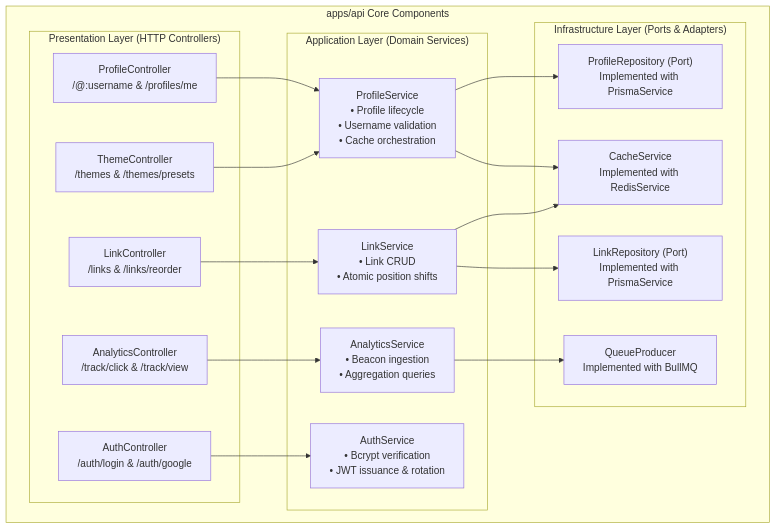
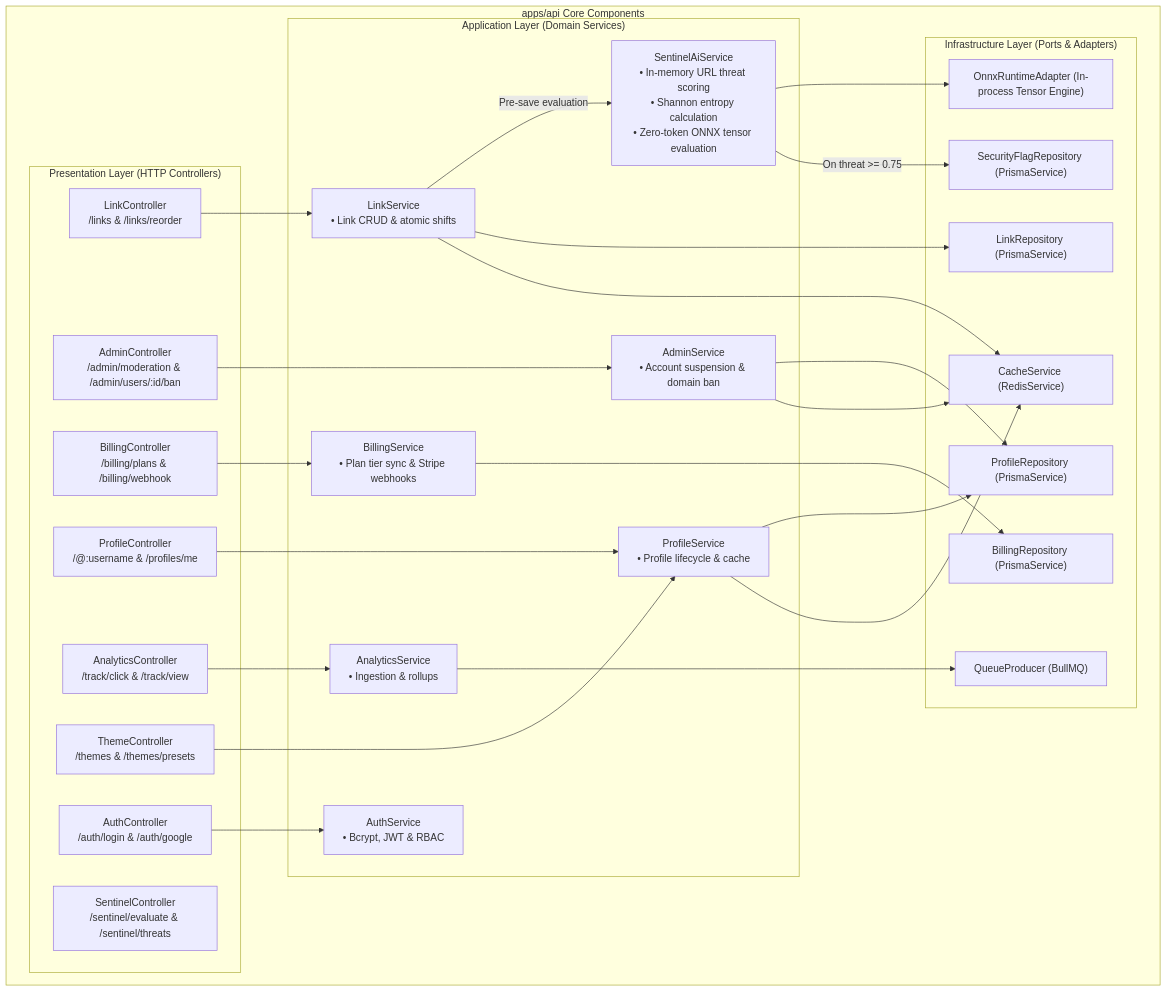
Before and after one commit to iamcristian/onelink-saas: the third of 4 diagrams in docs/architecture/system-architecture.md, drawn with Mermaid. The commit also changed other lines of this file and 8 other files, not shown here.

Commit message:
feat(design): complete 6-screen ecosystem with Sentinel AI moderation and SaaS billing consoles

````diff
--- a/docs/architecture/system-architecture.md
+++ b/docs/architecture/system-architecture.md
@@ -76,38 +91,54 @@
 ```mermaid
 graph TB
     subgraph API_App["apps/api Core Components"]
         subgraph Controllers["Presentation Layer (HTTP Controllers)"]
             PC["ProfileController<br/>/@:username & /profiles/me"]
             LC["LinkController<br/>/links & /links/reorder"]
             TC["ThemeController<br/>/themes & /themes/presets"]
             AC["AnalyticsController<br/>/track/click & /track/view"]
             AUTH_C["AuthController<br/>/auth/login & /auth/google"]
+            SEC_C["SentinelController<br/>/sentinel/evaluate & /sentinel/threats"]
+            ADMIN_C["AdminController<br/>/admin/moderation & /admin/users/:id/ban"]
+            BILL_C["BillingController<br/>/billing/plans & /billing/webhook"]
         end
 
         subgraph Services["Application Layer (Domain Services)"]
-            PS["ProfileService<br/>• Profile lifecycle<br/>• Username validation<br/>• Cache orchestration"]
-            LS["LinkService<br/>• Link CRUD<br/>• Atomic position shifts"]
-            AS["AnalyticsService<br/>• Beacon ingestion<br/>• Aggregation queries"]
-            AUTH_S["AuthService<br/>• Bcrypt verification<br/>• JWT issuance & rotation"]
+            PS["ProfileService<br/>• Profile lifecycle & cache"]
+            LS["LinkService<br/>• Link CRUD & atomic shifts"]
+            AS["AnalyticsService<br/>• Ingestion & rollups"]
+            AUTH_S["AuthService<br/>• Bcrypt, JWT & RBAC"]
+            SEC_S["SentinelAiService<br/>• In-memory URL threat scoring<br/>• Shannon entropy calculation<br/>• Zero-token ONNX tensor evaluation"]
+            ADMIN_S["AdminService<br/>• Account suspension & domain ban"]
+            BILL_S["BillingService<br/>• Plan tier sync & Stripe webhooks"]
         end
 
         subgraph Infrastructure["Infrastructure Layer (Ports & Adapters)"]
-            PR["ProfileRepository (Port)<br/>Implemented with PrismaService"]
-            LR["LinkRepository (Port)<br/>Implemented with PrismaService"]
-            CS["CacheService<br/>Implemented with RedisService"]
-            QP["QueueProducer<br/>Implemented with BullMQ"]
+            PR["ProfileRepository (PrismaService)"]
+            LR["LinkRepository (PrismaService)"]
+            SR["SecurityFlagRepository (PrismaService)"]
+            BR["BillingRepository (PrismaService)"]
+            CS["CacheService (RedisService)"]
+            QP["QueueProducer (BullMQ)"]
+            ONNX_ADAPTER["OnnxRuntimeAdapter (In-process Tensor Engine)"]
         end
     end
 
+    LC --> LS
+    LS -->|"Pre-save evaluation"| SEC_S
+    SEC_S --> ONNX_ADAPTER
+    SEC_S -->|"On threat >= 0.75"| SR
+    ADMIN_C --> ADMIN_S
+    ADMIN_S --> PR
+    ADMIN_S --> CS
+    BILL_C --> BILL_S
+    BILL_S --> BR
     PC --> PS
-    LC --> LS
     AC --> AS
     TC --> PS
     AUTH_C --> AUTH_S
-
     PS --> PR
     PS --> CS
     LS --> LR
     LS --> CS
     AS --> QP
 ```
````
